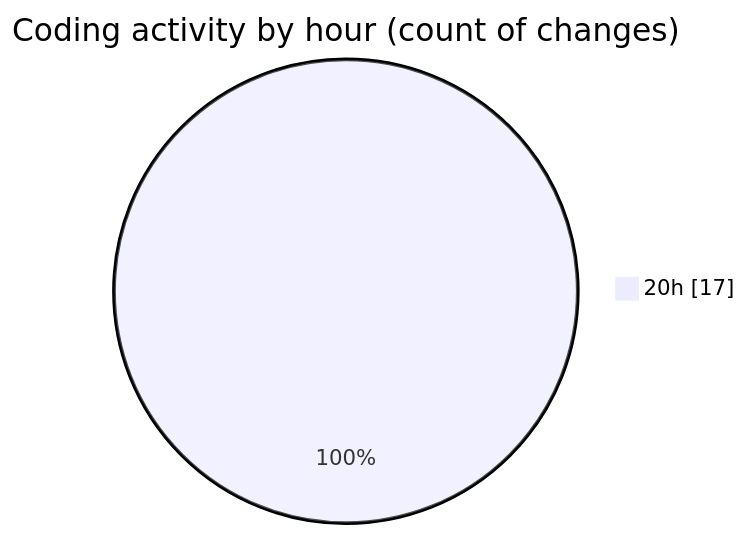
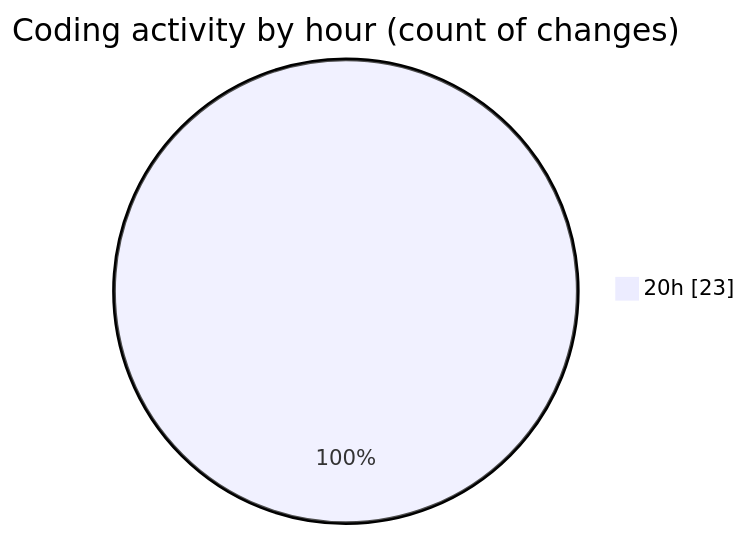
The second of 2 diagrams in 2025-02-16/iptv_moreel_me/README.md (momahboobian/code-tracking), drawn with Mermaid before and after one commit. The commit also changed other lines of this file and 1 other file, not shown here.

````diff
--- a/2025-02-16/iptv_moreel_me/README.md
+++ b/2025-02-16/iptv_moreel_me/README.md
@@ -28,5 +28,5 @@
 ```mermaid
 pie showData
 title Coding activity by hour (count of changes)
-"20h" : 17
+"20h" : 23
 ```
````
